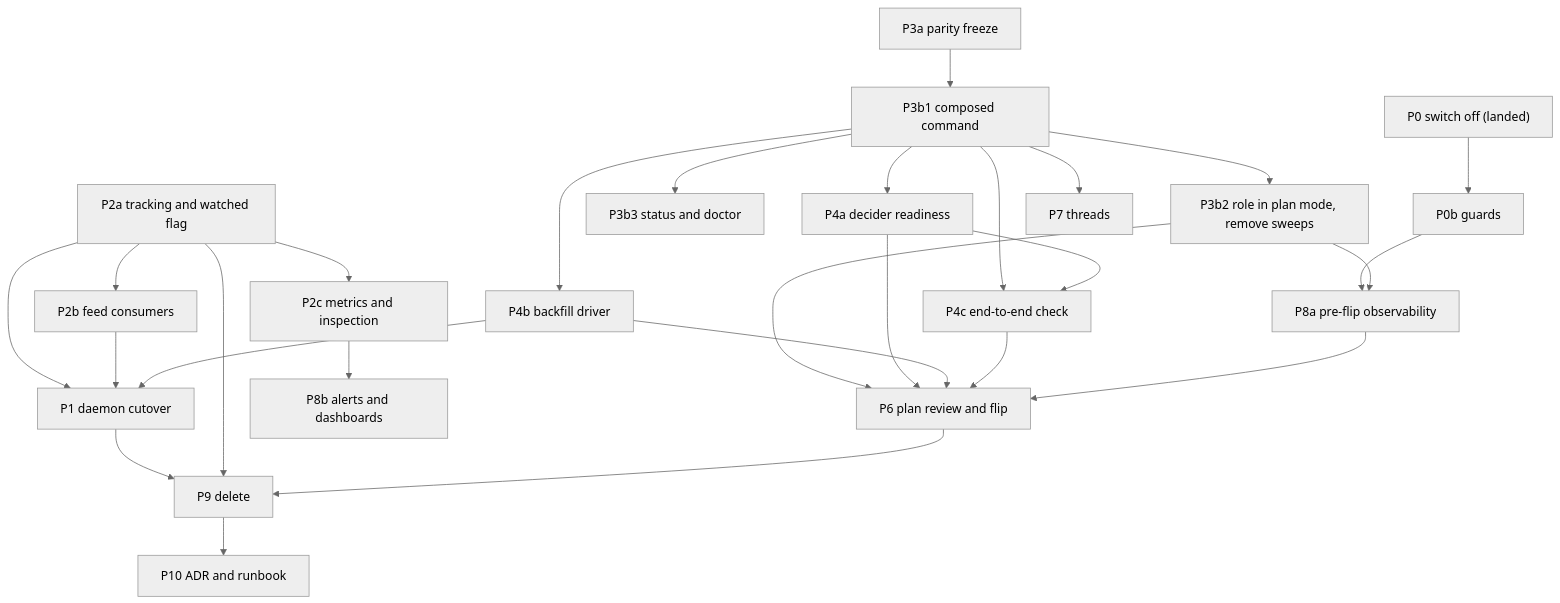
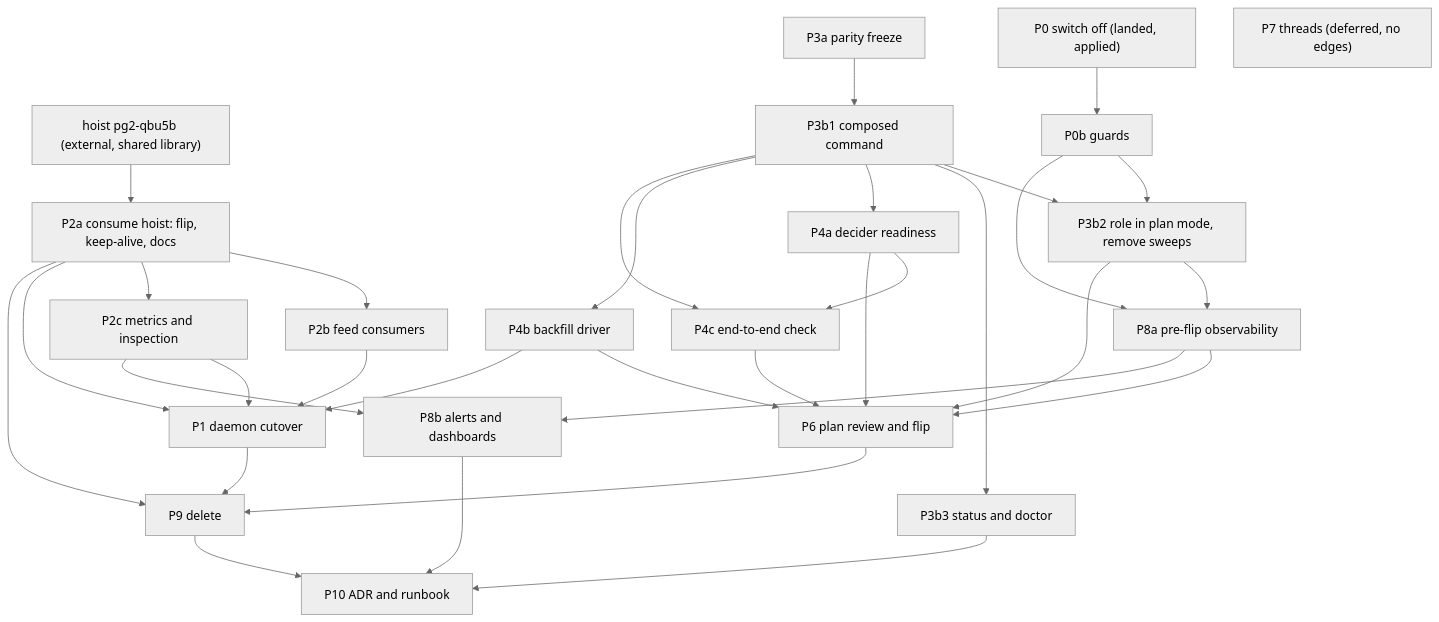
The second of 2 diagrams in docs/superpowers/specs/2026-10-20-pr-lane-refactor-design.md (phillipgreenii/nix-agent-support), drawn with Mermaid (neutral theme) before and after one commit. The commit also changed other lines of this file, not shown here.

First line of the commit message:
docs: PR lane refactor design v6, builder check applied and the hoist consumed (pg2-6mo45.2)

````diff
--- a/docs/superpowers/specs/2026-10-20-pr-lane-refactor-design.md
+++ b/docs/superpowers/specs/2026-10-20-pr-lane-refactor-design.md
@@ -692,29 +918,35 @@
 ```mermaid
 flowchart TD
-  P0["P0 switch off (landed)"] --> P0b["P0b guards"]
+  HOIST["hoist pg2-qbu5b (external, shared library)"] --> P2a["P2a consume hoist: flip, keep-alive, docs"]
+  P0["P0 switch off (landed, applied)"] --> P0b["P0b guards"]
+  P0b --> P3b2
   P0b --> P8a
   P3a["P3a parity freeze"] --> P3b1["P3b1 composed command"]
   P3b1 --> P3b2["P3b2 role in plan mode, remove sweeps"]
   P3b1 --> P3b3["P3b3 status and doctor"]
   P3b1 --> P4a["P4a decider readiness"]
   P3b1 --> P4b["P4b backfill driver"]
   P3b1 --> P4c["P4c end-to-end check"]
   P4a --> P4c
   P3b2 --> P8a["P8a pre-flip observability"]
   P3b2 --> P6["P6 plan review and flip"]
   P4a --> P6
   P4b --> P6
   P4c --> P6
   P8a --> P6
-  P2a["P2a tracking and watched flag"] --> P2b["P2b feed consumers"]
+  P2a --> P2b["P2b feed consumers"]
   P2a --> P2c["P2c metrics and inspection"]
   P2a --> P1["P1 daemon cutover"]
   P2b --> P1
+  P2c --> P1
   P4b --> P1
   P2c --> P8b["P8b alerts and dashboards"]
+  P8a --> P8b
   P1 --> P9["P9 delete"]
   P2a --> P9
   P6 --> P9
-  P3b1 --> P7["P7 threads"]
   P9 --> P10["P10 ADR and runbook"]
+  P8b --> P10
+  P3b3 --> P10
+  P7["P7 threads (deferred, no edges)"]
 ```
````
